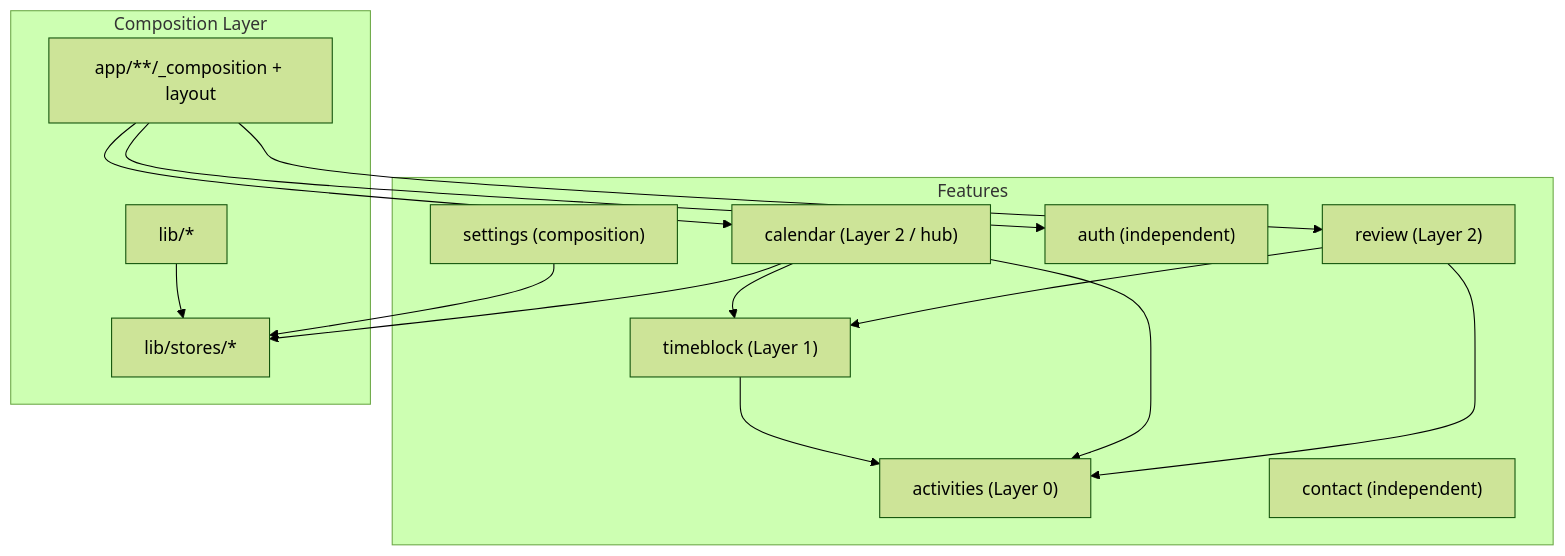
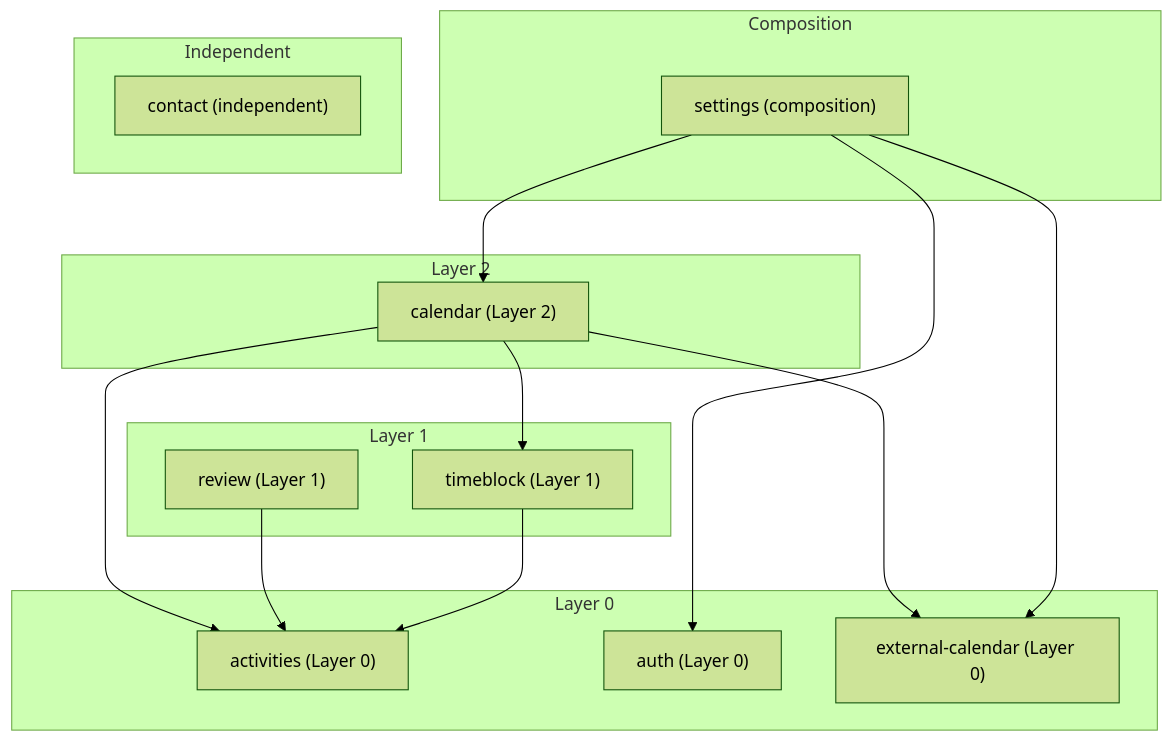
Before and after one commit to Dayopt/dayopt: the fifth of 8 diagrams in docs/engineering/architecture.md, drawn with Mermaid (forest theme). The commit also changed other lines of this file and 15 other files, not shown here.

First line of the commit message:
feat(docs): feature 依存図を ESLint 規則と実 import から生成し、手書き schema 読み物を撤去する

````diff
--- a/docs/engineering/architecture.md
+++ b/docs/engineering/architecture.md
@@ -172,30 +176,29 @@
 ```mermaid
 graph TD
-subgraph Features
-ACT["activities (Layer 0)"]
-TB["timeblock (Layer 1)"]
-CAL["calendar (Layer 2 / hub)"]
-REV["review (Layer 2)"]
-AUTH["auth (independent)"]
-CONTACT["contact (independent)"]
-SET["settings (composition)"]
-end
-
-    subgraph Composition["Composition Layer"]
-        APP["app/**/_composition + layout"]
-        LIB["lib/*"]
-        STORE["lib/stores/*"]
-    end
-
-    TB --> ACT
-    CAL --> TB
-    CAL --> ACT
-    REV --> TB
-    REV --> ACT
-    APP --> CAL
-    APP --> REV
-    APP --> AUTH
-    SET --> STORE
-    CAL --> STORE
-    LIB --> STORE
+  subgraph L0["Layer 0"]
+    activities["activities (Layer 0)"]
+    auth["auth (Layer 0)"]
+    external_calendar["external-calendar (Layer 0)"]
+  end
+  subgraph L1["Layer 1"]
+    review["review (Layer 1)"]
+    timeblock["timeblock (Layer 1)"]
+  end
+  subgraph L2["Layer 2"]
+    calendar["calendar (Layer 2)"]
+  end
+  subgraph Composition
+    settings["settings (composition)"]
+  end
+  subgraph Independent
+    contact["contact (independent)"]
+  end
+  calendar --> activities
+  calendar --> external_calendar
+  calendar --> timeblock
+  review --> activities
+  settings --> auth
+  settings --> calendar
+  settings --> external_calendar
+  timeblock --> activities
 ```
````
